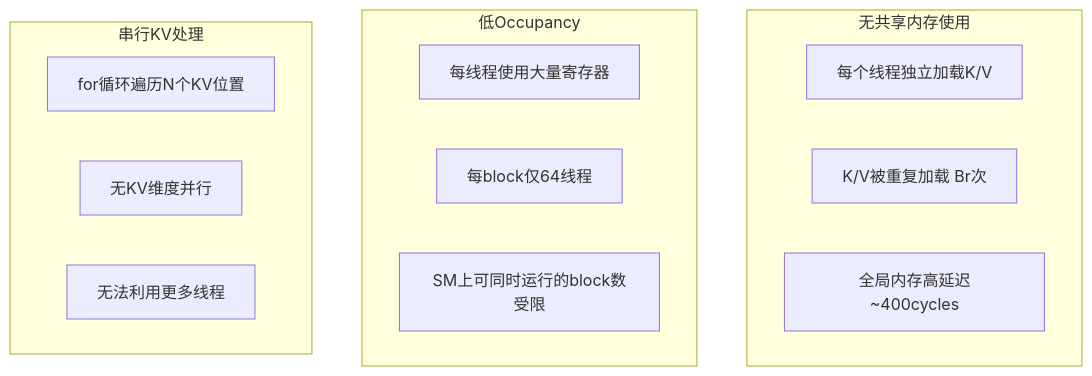
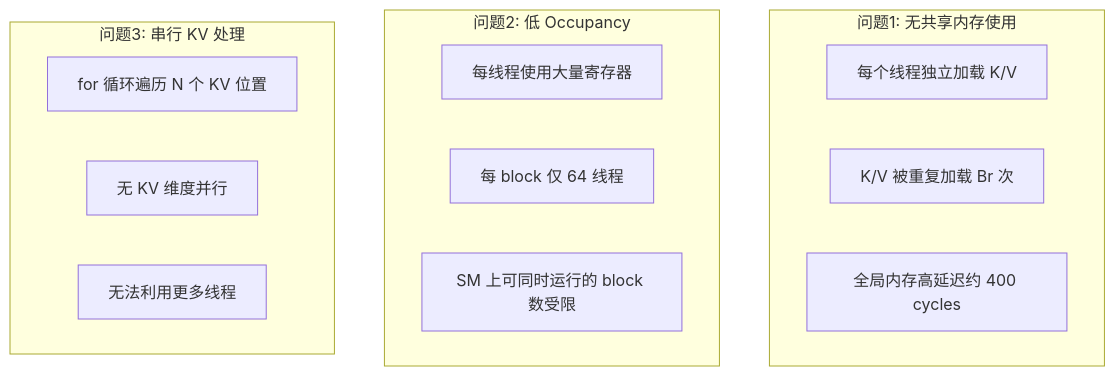
The third of 4 diagrams in flashattention/docs/V1_NAIVE_EXPLAINED.md (hzchenxiaobin/LLM), drawn with Mermaid before and after one commit. The commit also changed other lines of this file, not shown here.

First line of the commit message:
docs(flashattention): fix Mermaid diagrams for GitHub rendering

````diff
--- a/flashattention/docs/V1_NAIVE_EXPLAINED.md
+++ b/flashattention/docs/V1_NAIVE_EXPLAINED.md
@@ -388,20 +391,20 @@
 ```mermaid
 flowchart TB
-    subgraph 问题1[无共享内存使用]
-        A1[每个线程独立加载K/V]
-        A2[K/V被重复加载 Br次]
-        A3[全局内存高延迟~400cycles]
+    subgraph p1["问题1: 无共享内存使用"]
+        A1["每个线程独立加载 K/V"]
+        A2["K/V 被重复加载 Br 次"]
+        A3["全局内存高延迟约 400 cycles"]
     end
 
-    subgraph 问题2[低Occupancy]
-        B1[每线程使用大量寄存器]
-        B2[每block仅64线程]
-        B3[SM上可同时运行的block数受限]
+    subgraph p2["问题2: 低 Occupancy"]
+        B1["每线程使用大量寄存器"]
+        B2["每 block 仅 64 线程"]
+        B3["SM 上可同时运行的 block 数受限"]
     end
 
-    subgraph 问题3[串行KV处理]
-        C1[for循环遍历N个KV位置]
-        C2[无KV维度并行]
-        C3[无法利用更多线程]
+    subgraph p3["问题3: 串行 KV 处理"]
+        C1["for 循环遍历 N 个 KV 位置"]
+        C2["无 KV 维度并行"]
+        C3["无法利用更多线程"]
     end
 ```
````
